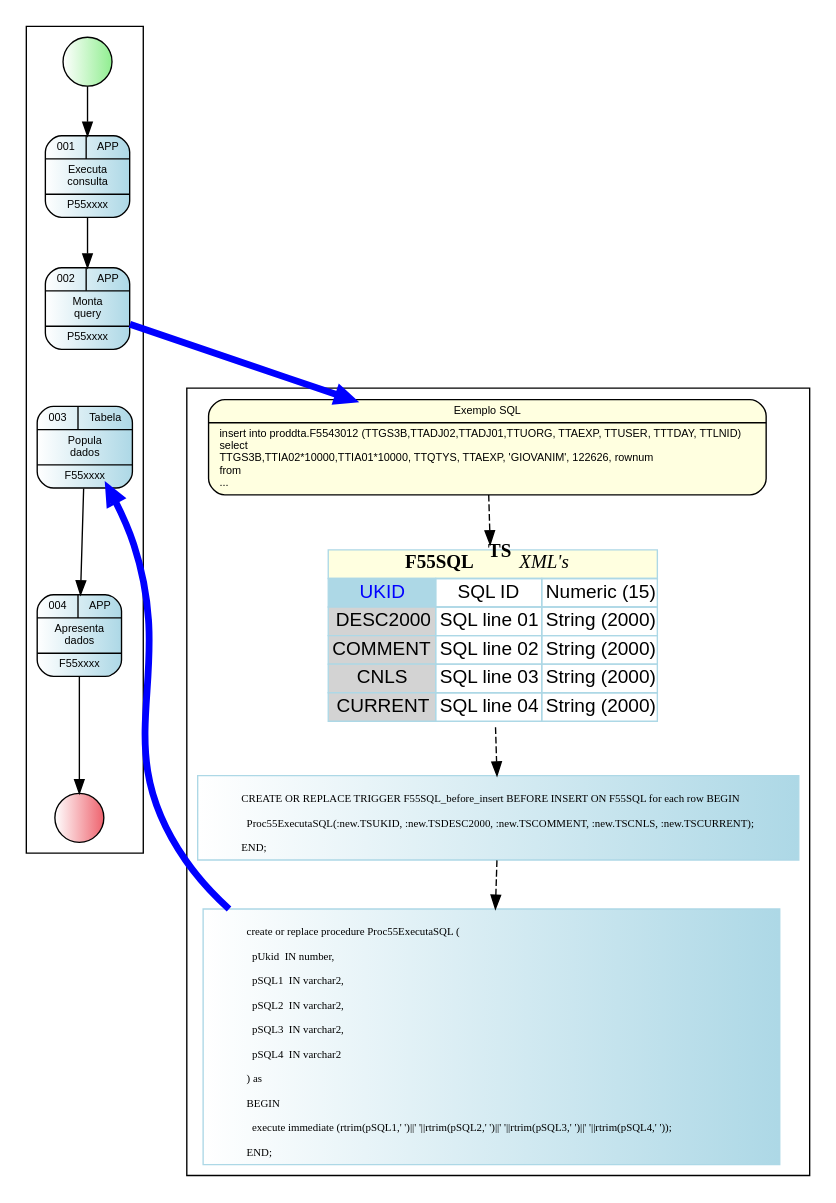
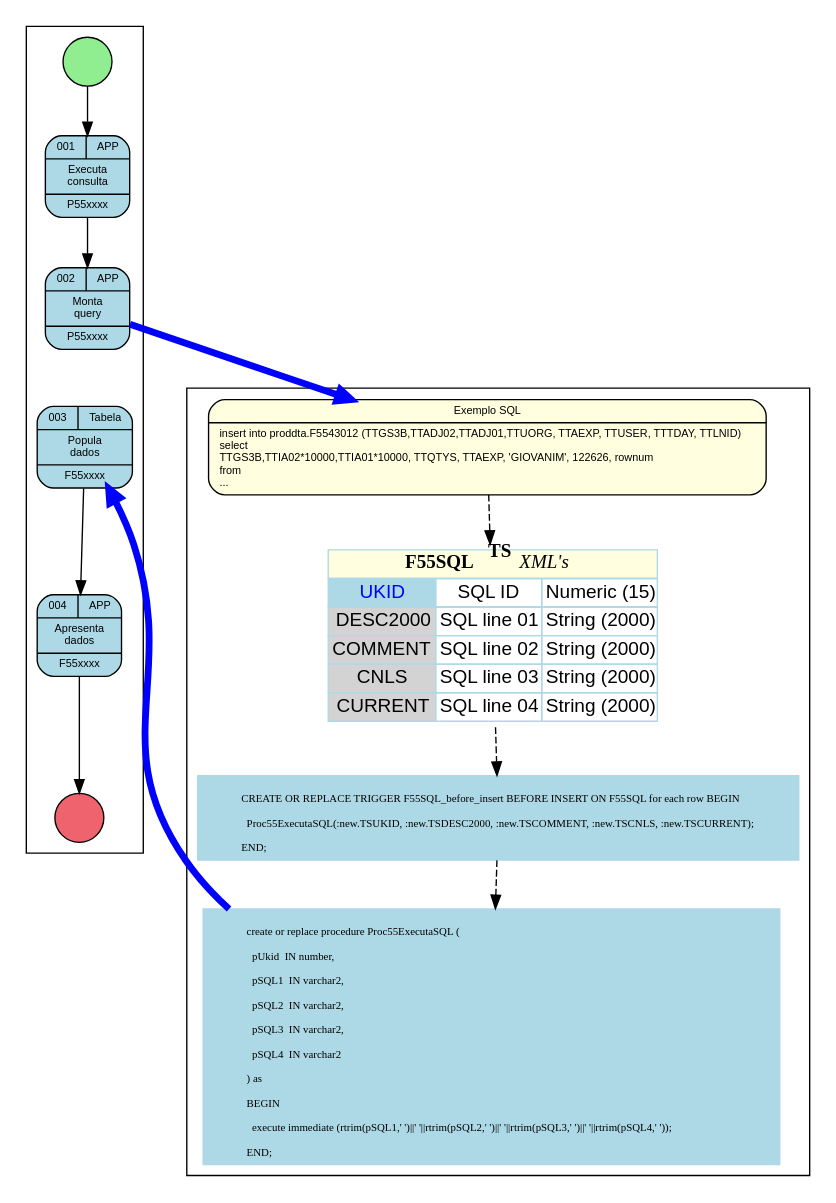
The diagram in Projeto Indicadores.gv (GiovaniPM/Graphs), drawn with Graphviz before and after one commit. The commit also changed 2 other files, not shown here.

```diff
--- a/Projeto Indicadores.gv
+++ b/Projeto Indicadores.gv
@@ -1,136 +1,136 @@
 digraph H {
 
   compound=COMPOUND
 
   subgraph cluster_A{
 
     node005 [
       fontname = "Arial",
       fontsize = 8,
       shape=record,
       style="rounded,filled",
       fillcolor="lightyellow"
       label="{Exemplo SQL|
                insert into proddta.F5543012 (TTGS3B,TTADJ02,TTADJ01,TTUORG, TTAEXP, TTUSER, TTTDAY, TTLNID)\l
                select\l
                  TTGS3B,TTIA02*10000,TTIA01*10000, TTQTYS, TTAEXP, 'GIOVANIM', 122626, rownum\l
                from\l
                ...\l
         }"
     ]
 
     tabela01 [
       shape=none
       label=<
         <table border='0' cellborder='1' color='lightblue' cellspacing='0'>
           <tr><td colspan="3" bgcolor="lightyellow"><b>F55SQL<sup>TS</sup></b> <i>XML's</i></td></tr>
           <tr><td port='col01' bgcolor="lightblue"><font face="arial" color="blue" >UKID</font></td><td><font face="arial">SQL ID</font></td><td><font face="arial">Numeric (15)</font></td></tr>
           <tr><td port='col02' bgcolor="lightgray"><font face="arial" color="black">DESC2000</font></td><td><font face="arial">SQL line 01</font></td><td><font face="arial">String (2000)</font></td></tr>
           <tr><td port='col03' bgcolor="lightgray"><font face="arial" color="black">COMMENT</font></td><td><font face="arial">SQL line 02</font></td><td><font face="arial">String (2000)</font></td></tr>
           <tr><td port='col04' bgcolor="lightgray"><font face="arial" color="black">CNLS</font></td><td><font face="arial">SQL line 03</font></td><td><font face="arial">String (2000)</font></td></tr>
           <tr><td port='col05' bgcolor="lightgray"><font face="arial" color="black">CURRENT</font></td><td><font face="arial">SQL line 04</font></td><td><font face="arial">String (2000)</font></td></tr>
         </table>
     >];
 
     proc001 [
       fontname = "Courrier",
       fontsize = 8,
       shape=boxe,
       style="filled",
       color=lightblue,
-      fillcolor="white:lightblue"
+      fillcolor="lightblue"
       label="
              create or replace procedure Proc55ExecutaSQL (\l
                pUkid  IN number,\l
                pSQL1  IN varchar2,\l
                pSQL2  IN varchar2,\l
                pSQL3  IN varchar2,\l
                pSQL4  IN varchar2\l
              ) as\l
              BEGIN\l
                execute immediate (rtrim(pSQL1,' ')||' '||rtrim(pSQL2,' ')||' '||rtrim(pSQL3,' ')||' '||rtrim(pSQL4,' '));\l
              END;\l"
     ]
 
     trig001 [
       fontname = "Courrier",
       fontsize = 8,
       shape=boxe,
       style="filled",
       color=lightblue,
-      fillcolor="white:lightblue"
+      fillcolor="lightblue"
       label="
              CREATE OR REPLACE TRIGGER F55SQL_before_insert BEFORE INSERT ON F55SQL for each row BEGIN\l
                Proc55ExecutaSQL(:new.TSUKID, :new.TSDESC2000, :new.TSCOMMENT, :new.TSCNLS, :new.TSCURRENT);\l
              END;\l"
     ]
 
     tabela01 -> trig001 [ style=dashed ]
     trig001 -> proc001 [ style=dashed ]
     node005 -> tabela01 [style="dashed"]
 
   }
 
   subgraph cluster_B{
 
     nodeini [
       shape=circle,
       style="filled",
-      fillcolor="white:lightgreen",
+      fillcolor="lightgreen",
       label=""
     ]
 
     nodefin [
       shape=circle,
       style="filled",
-      fillcolor="white:#ee636e",
+      fillcolor="#ee636e",
       label=""
     ]
 
     node001 [
       fontname = "Arial",
       fontsize = 8,
       shape=record,
       style="rounded,filled",
-      fillcolor="white:lightblue"
+      fillcolor="lightblue"
       label="{{001|APP}|Executa\nconsulta|P55xxxx}"
     ]
 
     node002 [
       fontname = "Arial",
       fontsize = 8,
       shape=record,
       style="rounded,filled",
-      fillcolor="white:lightblue"
+      fillcolor="lightblue"
       label="{{002|APP}|Monta\nquery|P55xxxx}"
     ]
 
     node003 [
       fontname = "Arial",
       fontsize = 8,
       shape=record,
       style="rounded,filled",
-      fillcolor="white:lightblue"
+      fillcolor="lightblue"
       label="{{003|Tabela}|Popula\ndados|F55xxxx}"
     ]
 
     node004 [
       fontname = "Arial",
       fontsize = 8,
       shape=record,
       style="rounded,filled",
-      fillcolor="white:lightblue"
+      fillcolor="lightblue"
       label="{{004|APP}|Apresenta\ndados|F55xxxx}"
     ]
 
     nodeini -> node001
     node001 -> node002
     node002 -> node003 [style="invis"]
     node003 -> node004
     node004 -> nodefin
 
   }
 
   proc001 -> node003 [color=blue penwidth=5]
   node002 -> node005 [color=blue penwidth=5]
 }
```
